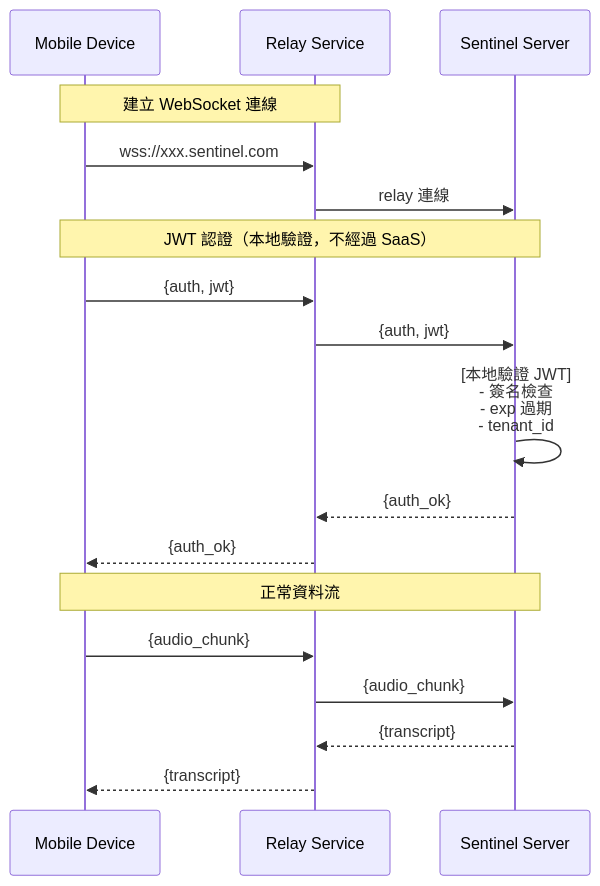
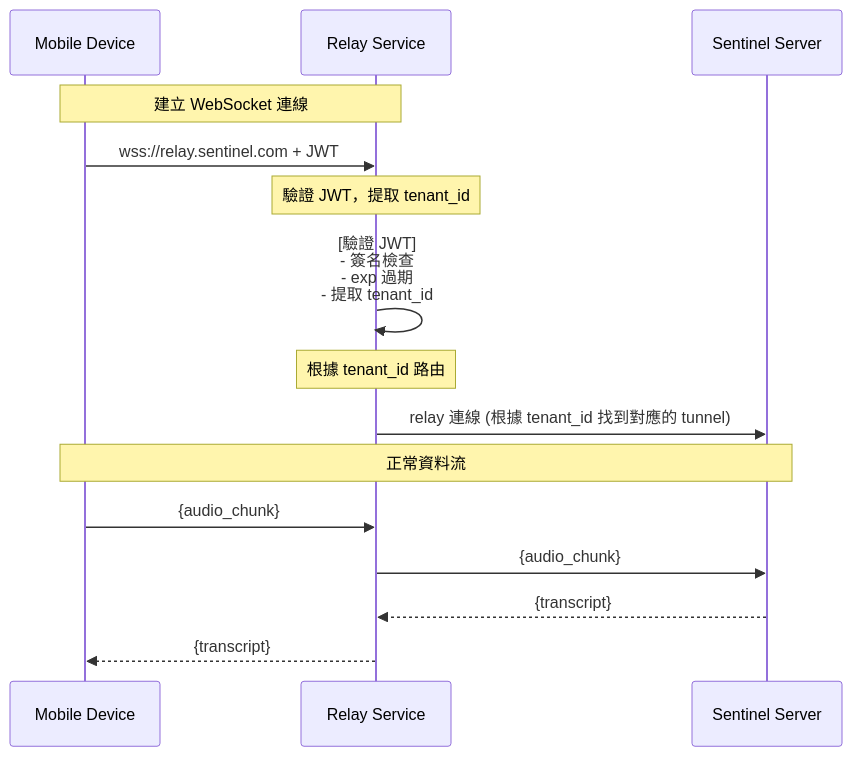
The eighth of 8 diagrams in connectivityArch.md (marychoucool/sentinelDesign), drawn with Mermaid before and after one commit. The commit also changed other lines of this file and 5 other files, not shown here.

Commit message:
decide relay tech. modify container diagram as relay change

````diff
--- a/connectivityArch.md
+++ b/connectivityArch.md
@@ -472,23 +476,21 @@
 ```mermaid
 sequenceDiagram
     participant Mobile as Mobile Device
     participant Relay as Relay Service
     participant Server as Sentinel Server
 
     Note over Mobile,Relay: 建立 WebSocket 連線
-    Mobile->>Relay: wss://xxx.sentinel.com
-    Relay->>Server: relay 連線
+    Mobile->>Relay: wss://relay.sentinel.com + JWT
 
-    Note over Mobile,Server: JWT 認證（本地驗證，不經過 SaaS）
-    Mobile->>Relay: {auth, jwt}
-    Relay->>Server: {auth, jwt}
-    Server->>Server: [本地驗證 JWT]<br/>- 簽名檢查<br/>- exp 過期<br/>- tenant_id
-    Server-->>Relay: {auth_ok}
-    Relay-->>Mobile: {auth_ok}
+    Note over Relay: 驗證 JWT，提取 tenant_id
+    Relay->>Relay: [驗證 JWT]<br/>- 簽名檢查<br/>- exp 過期<br/>- 提取 tenant_id
+
+    Note over Relay: 根據 tenant_id 路由
+    Relay->>Server: relay 連線 (根據 tenant_id 找到對應的 tunnel)
 
     Note over Mobile,Server: 正常資料流
     Mobile->>Relay: {audio_chunk}
     Relay->>Server: {audio_chunk}
     Server-->>Relay: {transcript}
     Relay-->>Mobile: {transcript}
 ```
````
